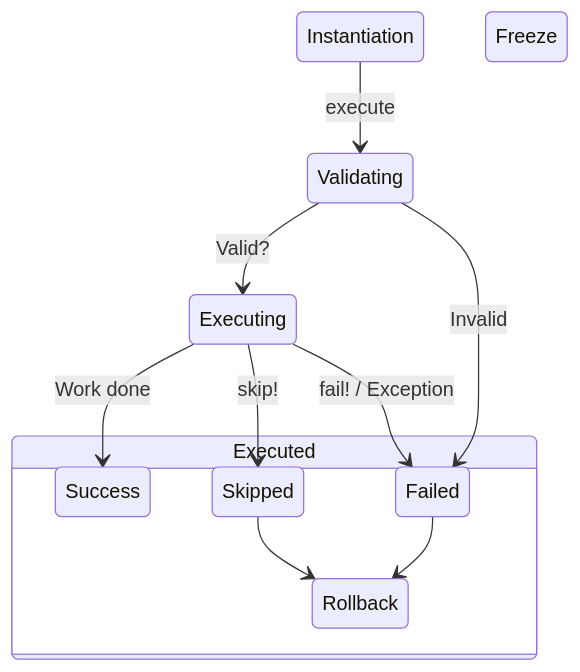
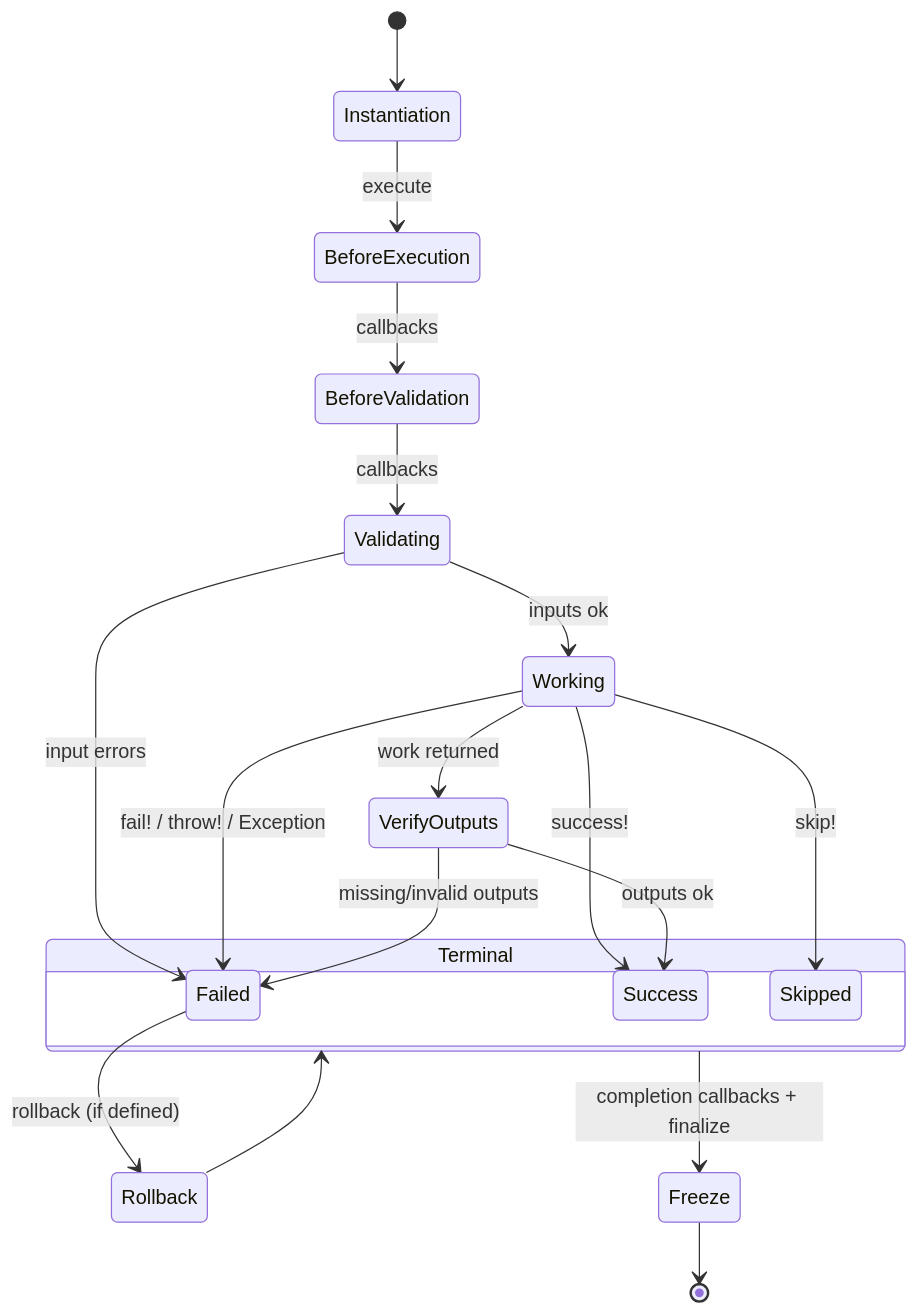
Before and after one commit to drexed/cmdx: the diagram in docs/basics/setup.md, drawn with Mermaid. The commit also changed other lines of this file and 404 other files, not shown here.

````diff
--- a/docs/basics/setup.md
+++ b/docs/basics/setup.md
@@ -74,22 +79,27 @@
 ```mermaid
 stateDiagram-v2
-    Initialized: Instantiation
-    Initialized --> Validating: execute
-    Validating --> Executing: Valid?
-    Validating --> Failed: Invalid
-    Executing --> Success: Work done
-    Executing --> Skipped: skip!
-    Executing --> Failed: fail! / Exception
-    Executed
-    Freeze
+    [*] --> Instantiation
+    Instantiation --> BeforeExecution: execute
+    BeforeExecution --> BeforeValidation: callbacks
+    BeforeValidation --> Validating: callbacks
+    Validating --> Working: inputs ok
+    Validating --> Failed: input errors
+    Working --> VerifyOutputs: work returned
+    Working --> Success: success!
+    Working --> Skipped: skip!
+    Working --> Failed: fail! / throw! / Exception
+    VerifyOutputs --> Success: outputs ok
+    VerifyOutputs --> Failed: missing/invalid outputs
 
-    state Executed {
+    Failed --> Rollback: rollback (if defined)
+    Rollback --> Terminal
+
+    state Terminal {
         Success
         Skipped
         Failed
-        Rollback
+    }
 
-        Skipped --> Rollback
-        Failed --> Rollback
-    }
+    Terminal --> Freeze: completion callbacks + finalize
+    Freeze --> [*]
 ```
````
